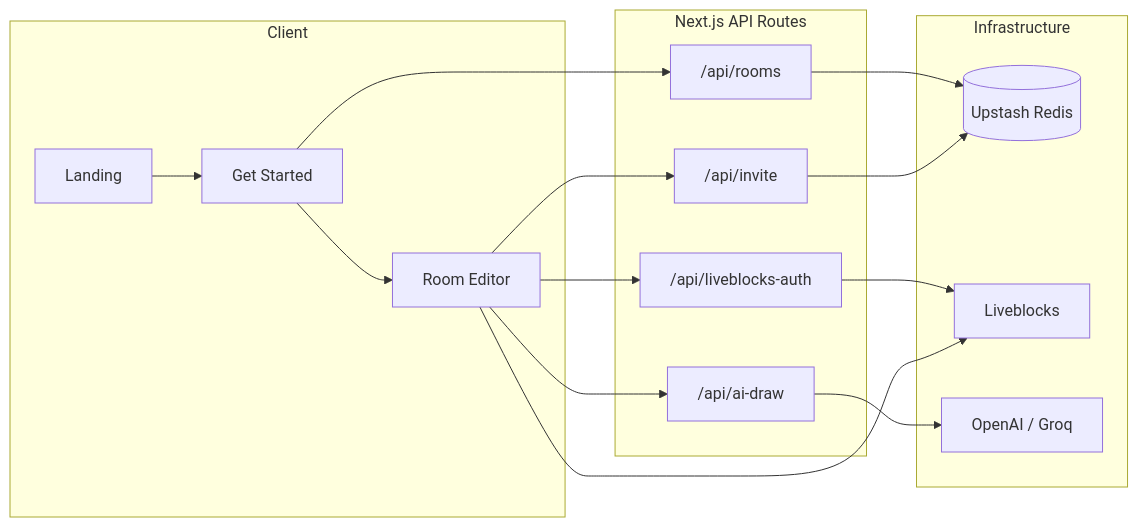
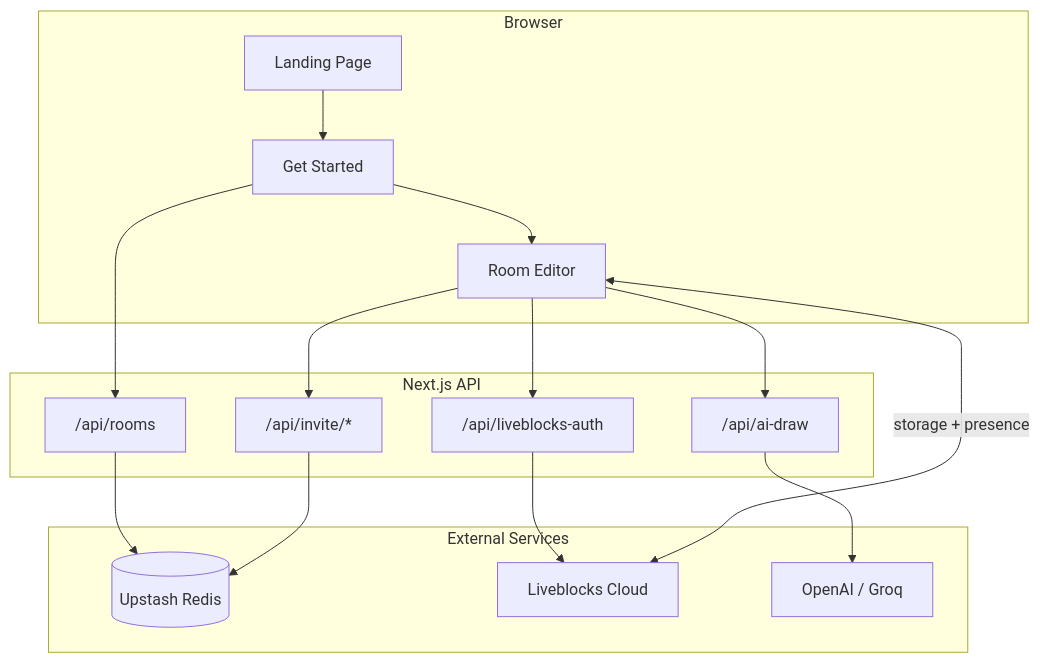
Before and after one commit to subhm2004/SheetSketch: the first of 7 diagrams in README.md, drawn with Mermaid. The commit also changed other lines of this file, not shown here.

Commit message:
added sequence diagram

````diff
--- a/README.md
+++ b/README.md
@@ -137,29 +140,29 @@
 ```mermaid
-flowchart LR
-  subgraph Client
-    A[Landing]
-    B[Get Started]
-    C[Room Editor]
+flowchart TB
+  subgraph Client["Browser"]
+    L[Landing Page]
+    G[Get Started]
+    R[Room Editor]
   end
 
-  subgraph API["Next.js API Routes"]
-    R["/api/rooms"]
-    L["/api/liveblocks-auth"]
-    I["/api/invite"]
-    D["/api/ai-draw"]
+  subgraph API["Next.js API"]
+    AR["/api/rooms"]
+    AL["/api/liveblocks-auth"]
+    AI["/api/invite/*"]
+    AD["/api/ai-draw"]
   end
 
-  subgraph Infrastructure
+  subgraph Services["External Services"]
     Redis[(Upstash Redis)]
-    LB[Liveblocks]
-    AI[OpenAI / Groq]
+    LB[Liveblocks Cloud]
+    LLM[OpenAI / Groq]
   end
 
-  A --> B
-  B --> R --> Redis
-  B --> C
-  C --> L --> LB
-  C --> LB
-  C --> I --> Redis
-  C --> D --> AI
+  L --> G
+  G --> AR --> Redis
+  G --> R
+  R --> AL --> LB
+  R <-->|storage + presence| LB
+  R --> AI --> Redis
+  R --> AD --> LLM
 ```
````
